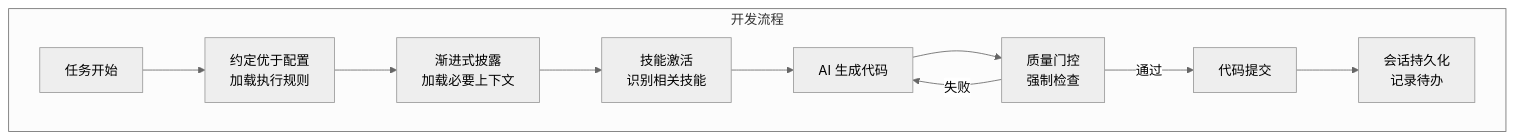
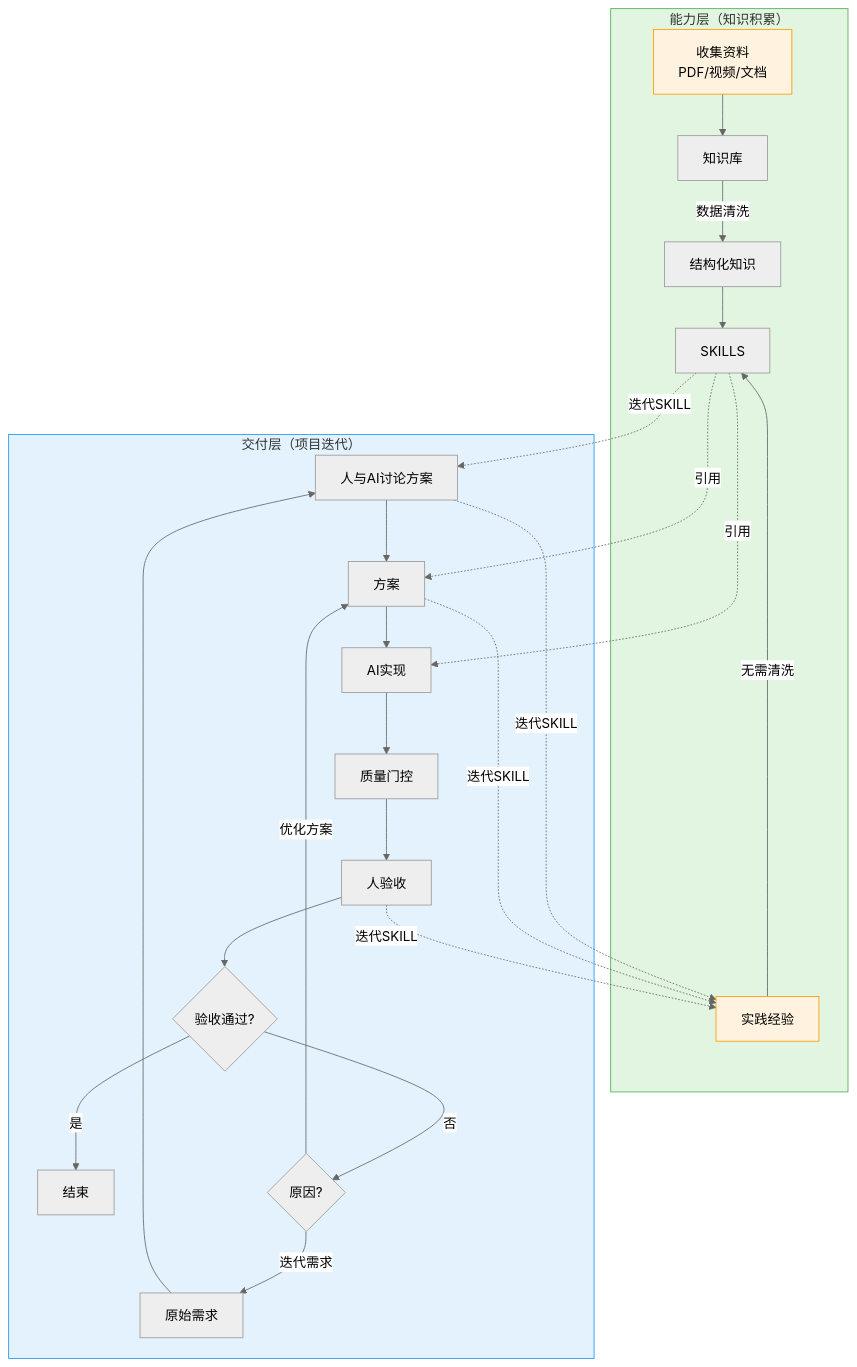
The first of 2 diagrams in docs/methodology.md (imchangchang/skills-registry), drawn with Mermaid (neutral theme) before and after one commit. The commit also changed other lines of this file and 10 other files, not shown here.

````diff
--- a/docs/methodology.md
+++ b/docs/methodology.md
@@ -347,13 +69,42 @@
 ```mermaid
-graph TB
-    subgraph 开发流程
-        A[任务开始] --> B[约定优于配置<br/>加载执行规则]
-        B --> C[渐进式披露<br/>加载必要上下文]
-        C --> D[技能激活<br/>识别相关技能]
-        D --> E[AI 生成代码]
-        E --> F[质量门控<br/>强制检查]
-        F -->|通过| G[代码提交]
-        F -->|失败| E
-        G --> H[会话持久化<br/>记录待办]
+flowchart TB
+    subgraph Capability["能力层（知识积累）"]
+        %% 路径1：主动学习
+        K1[收集资料<br/>PDF/视频/文档] --> L[知识库]
+        L -->|数据清洗| S[结构化知识]
+        
+        %% 路径2：实践沉淀
+        K2[实践经验] -->|无需清洗| M[SKILLS]
+        
+        %% 合并
+        S --> M
     end
+    
+    subgraph Delivery["交付层（项目迭代）"]
+        A[原始需求] --> B[人与AI讨论方案]
+        B --> C[方案]
+        C --> D[AI实现]
+        D --> D1[质量门控]
+        D1 --> E[人验收]
+        E --> F{验收通过?}
+        F -->|是| G[结束]
+        F -->|否| H{原因?}
+        H -->|迭代需求| A
+        H -->|优化方案| C
+    end
+    
+    %% SKILL引用到交付层各阶段
+    M -.->|迭代SKILL| B
+    M -.->|引用| C
+    M -.->|引用| D
+    
+    %% 反馈回路
+    B -.->|迭代SKILL| K2
+    C -.->|迭代SKILL| K2
+    E -.->|迭代SKILL| K2
+    
+    style Capability fill:#e1f5e1,stroke:#4caf50
+    style Delivery fill:#e3f2fd,stroke:#2196f3
+    style K1 fill:#fff3e0,stroke:#ff9800
+    style K2 fill:#fff3e0,stroke:#ff9800
 ```
````
